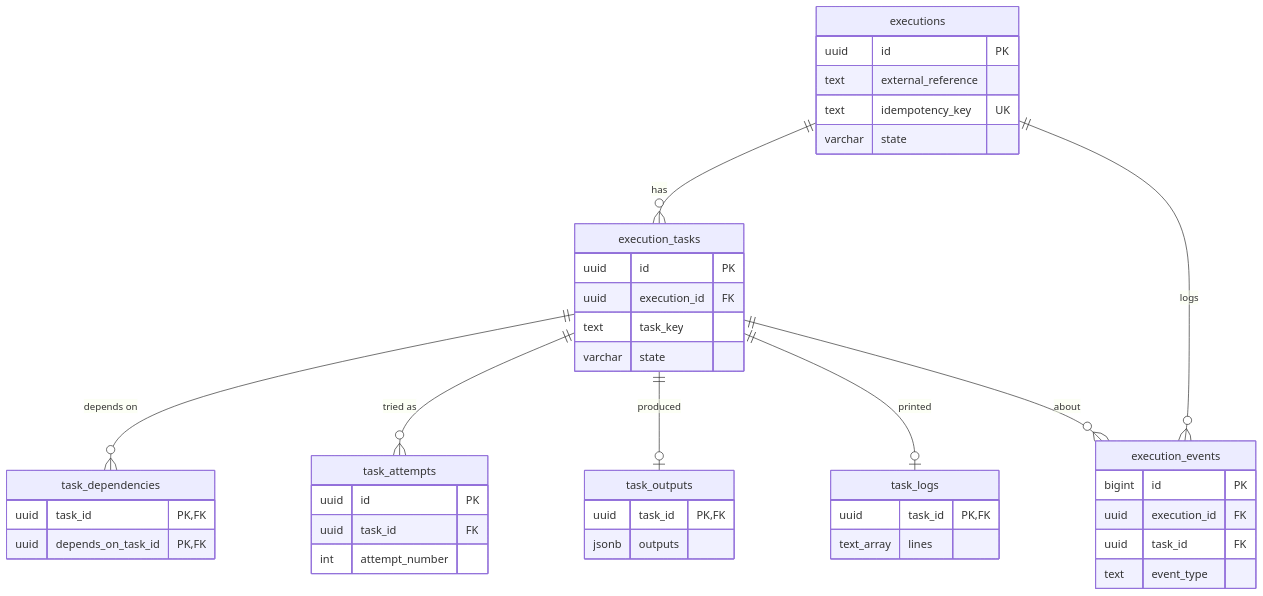
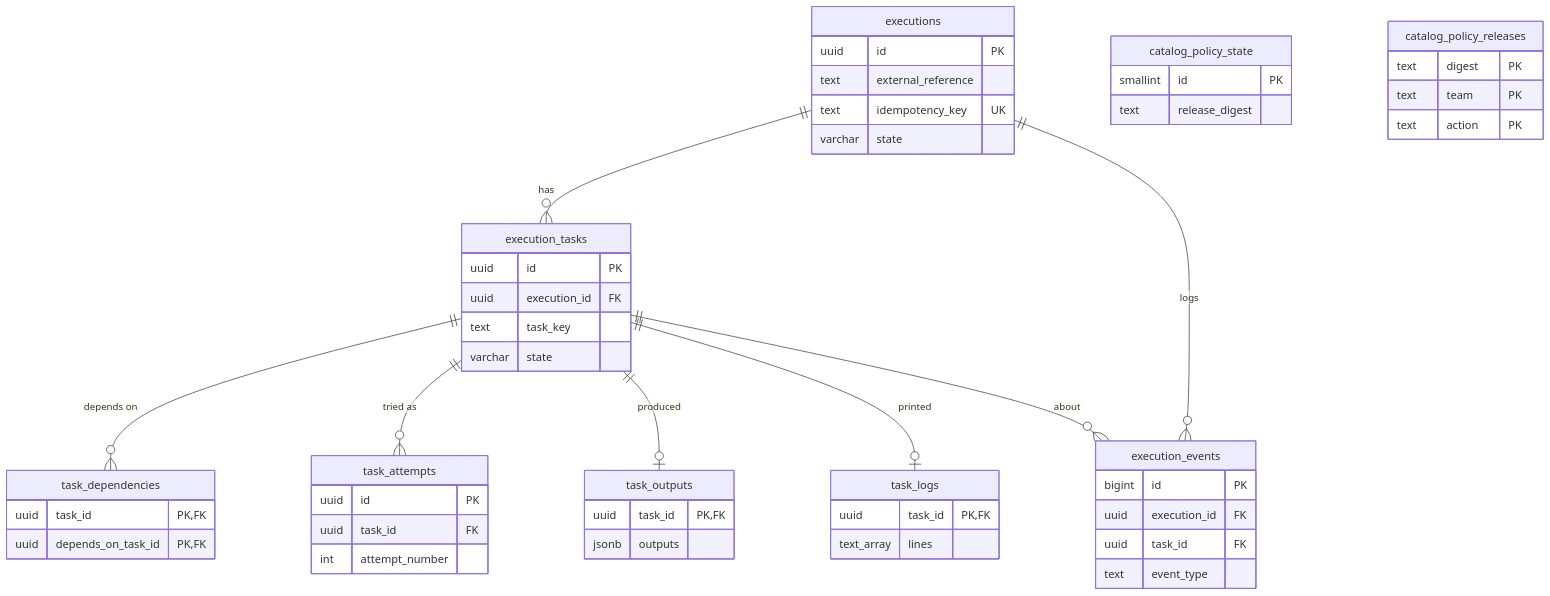
The second of 3 diagrams in console/docs/06-database-schemas.md (rburns629/vennir), drawn with Mermaid before and after one commit. The commit also changed other lines of this file and 76 other files, not shown here.

First line of the commit message:
feat: kernel policy writes what a signed catalog decides (decision 27, 1/2) (#251)

````diff
--- a/console/docs/06-database-schemas.md
+++ b/console/docs/06-database-schemas.md
@@ -24,45 +24,54 @@
 ```mermaid
 erDiagram
   executions ||--o{ execution_tasks : "has"
   executions ||--o{ execution_events : "logs"
   execution_tasks ||--o{ task_dependencies : "depends on"
   execution_tasks ||--o{ task_attempts : "tried as"
   execution_tasks ||--o| task_outputs : "produced"
   execution_tasks ||--o| task_logs : "printed"
   execution_tasks ||--o{ execution_events : "about"
   executions {
     uuid id PK
     text external_reference
     text idempotency_key UK
     varchar state
   }
   execution_tasks {
     uuid id PK
     uuid execution_id FK
     text task_key
     varchar state
   }
   task_dependencies {
     uuid task_id PK,FK
     uuid depends_on_task_id PK,FK
   }
   task_attempts {
     uuid id PK
     uuid task_id FK
     int attempt_number
   }
   task_outputs {
     uuid task_id PK,FK
     jsonb outputs
   }
   task_logs {
     uuid task_id PK,FK
     text_array lines
   }
   execution_events {
     bigint id PK
     uuid execution_id FK
     uuid task_id FK
     text event_type
   }
+  catalog_policy_state {
+    smallint id PK
+    text release_digest
+  }
+  catalog_policy_releases {
+    text digest PK
+    text team PK
+    text action PK
+  }
 ```
````
